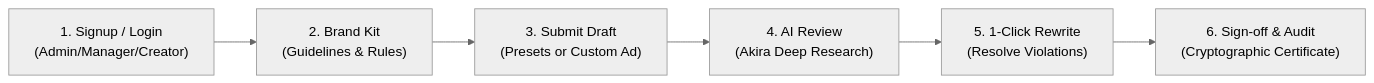
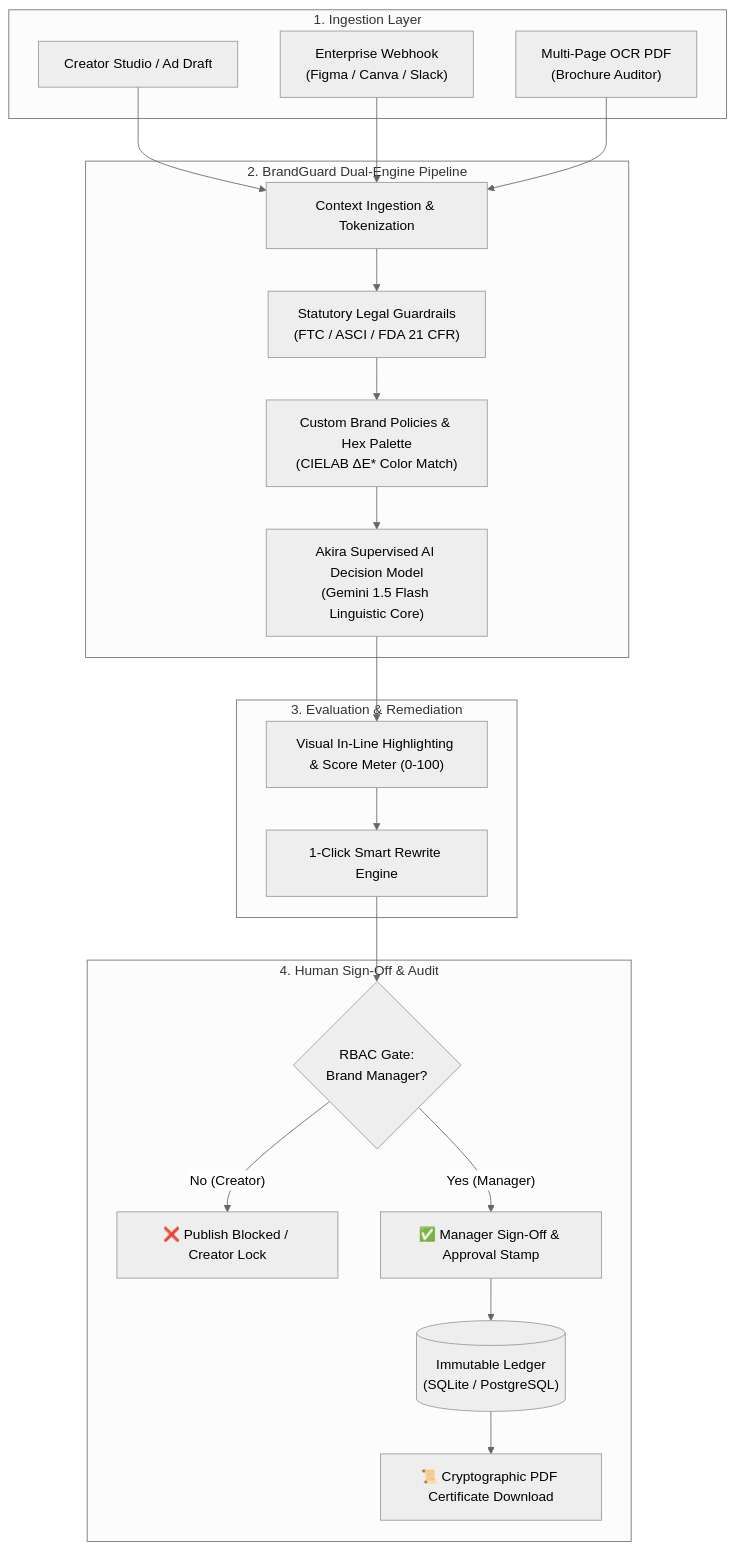
One commit to priyanshvaghela21/BrandGuard-AI changed the diagram in README.md. Above: the diagram before and after it, drawn with Mermaid (neutral theme). The commit also changed other lines of this file, not shown here.

Commit message:
docs: modernize README with profile aesthetic, typing banner, skillicons, and architecture specs

````diff
--- a/README.md
+++ b/README.md
@@ -341,8 +109,38 @@
 ```mermaid
-flowchart LR
-    A["1. Signup / Login\n(Admin/Manager/Creator)"] --> B["2. Brand Kit\n(Guidelines & Rules)"]
-    B --> C["3. Submit Draft\n(Presets or Custom Ad)"]
-    C --> D["4. AI Review\n(Akira Deep Research)"]
-    D --> E["5. 1-Click Rewrite\n(Resolve Violations)"]
-    E --> F["6. Sign-off & Audit\n(Cryptographic Certificate)"]
+flowchart TD
+    subgraph Ingestion["1. Ingestion Layer"]
+        A["Creator Studio / Ad Draft"] 
+        B["Enterprise Webhook\n(Figma / Canva / Slack)"]
+        C["Multi-Page OCR PDF\n(Brochure Auditor)"]
+    end
+
+    subgraph DeepEngine["2. BrandGuard Dual-Engine Pipeline"]
+        D["Context Ingestion & Tokenization"]
+        E["Statutory Legal Guardrails\n(FTC / ASCI / FDA 21 CFR)"]
+        F["Custom Brand Policies & Hex Palette\n(CIELAB ΔE* Color Match)"]
+        G["Akira Supervised AI Decision Model\n(Gemini 1.5 Flash Linguistic Core)"]
+    end
+
+    subgraph Evaluation["3. Evaluation & Remediation"]
+        H["Visual In-Line Highlighting & Score Meter (0-100)"]
+        I["1-Click Smart Rewrite Engine"]
+    end
+
+    subgraph Governance["4. Human Sign-Off & Audit"]
+        J{"RBAC Gate:\nBrand Manager?"}
+        K["❌ Publish Blocked / Creator Lock"]
+        L["✅ Manager Sign-Off & Approval Stamp"]
+        M[("Immutable Ledger\n(SQLite / PostgreSQL)")]
+        N["📜 Cryptographic PDF Certificate Download"]
+    end
+
+    A --> D
+    B --> D
+    C --> D
+    D --> E --> F --> G
+    G --> H --> I
+    I --> J
+    J -- "No (Creator)" --> K
+    J -- "Yes (Manager)" --> L
+    L --> M --> N
 ```
````
